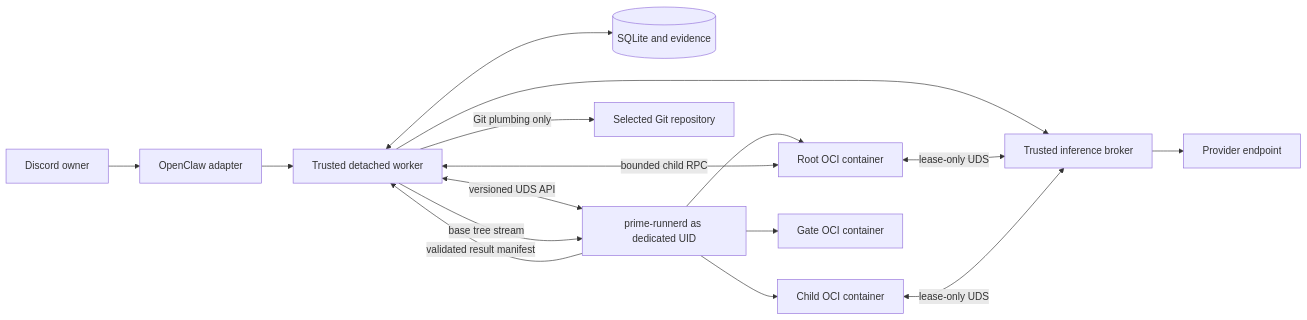
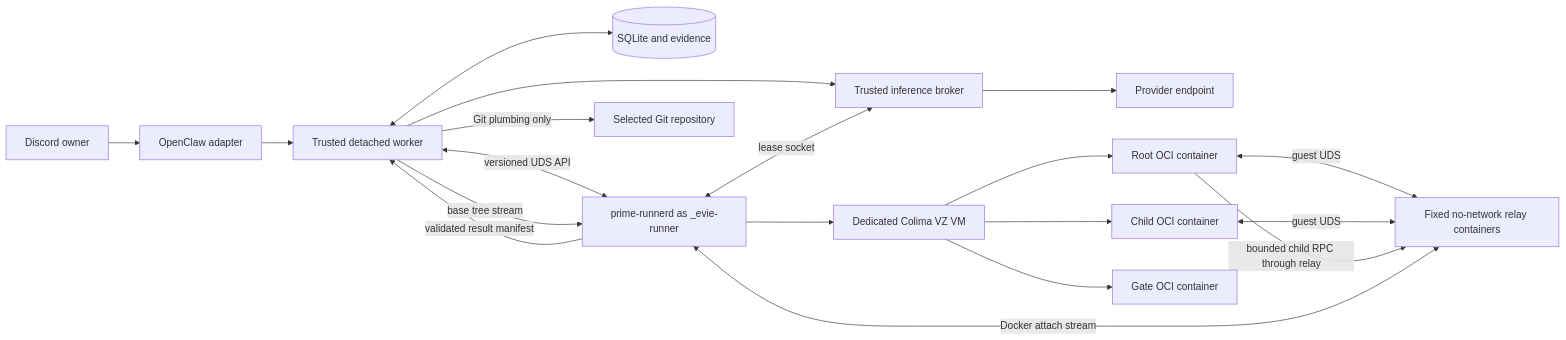
One commit to feniix/prime-agent-dispatch changed the diagram in docs/security-assessment/contained-execution-backend-implementation-plan.md. Above: the diagram before and after it, drawn with Mermaid. The commit also changed other lines of this file and 1 other file, not shown here.

Commit message:
docs: target contained backend at Evie macOS

````diff
--- a/docs/security-assessment/contained-execution-backend-implementation-plan.md
+++ b/docs/security-assessment/contained-execution-backend-implementation-plan.md
@@ -114,28 +99,33 @@
 ```mermaid
 flowchart LR
     Discord[Discord owner]
     Adapter[OpenClaw adapter]
     Worker[Trusted detached worker]
     Store[(SQLite and evidence)]
     Provider[Provider endpoint]
     Broker[Trusted inference broker]
-    Runner[prime-runnerd as dedicated UID]
+    Runner[prime-runnerd as _evie-runner]
+    VM[Dedicated Colima VZ VM]
+    Relay[Fixed no-network relay containers]
     Root[Root OCI container]
     Child[Child OCI container]
     Gate[Gate OCI container]
     Repo[Selected Git repository]
 
     Discord --> Adapter --> Worker
     Worker <--> Store
     Worker --> Broker --> Provider
     Worker <-->|versioned UDS API| Runner
-    Runner --> Root
-    Runner --> Child
-    Runner --> Gate
-    Root <-->|lease-only UDS| Broker
-    Child <-->|lease-only UDS| Broker
-    Root <-->|bounded child RPC| Worker
+    Runner --> VM
+    VM --> Root
+    VM --> Child
+    VM --> Gate
+    Root <-->|guest UDS| Relay
+    Child <-->|guest UDS| Relay
+    Relay <-->|Docker attach stream| Runner
+    Runner <-->|lease socket| Broker
+    Root -->|bounded child RPC through relay| Relay
     Worker -->|base tree stream| Runner
     Runner -->|validated result manifest| Worker
     Worker -->|Git plumbing only| Repo
 ```
````
